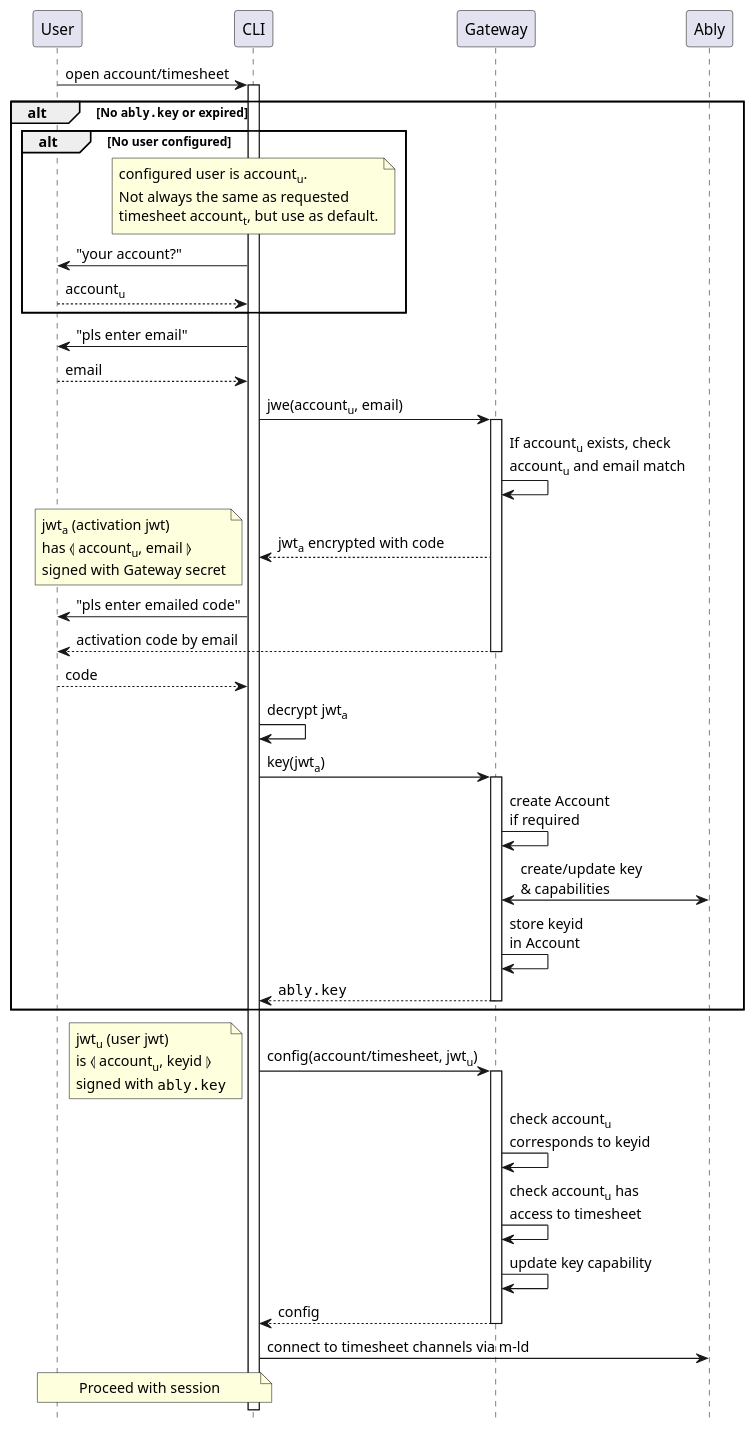
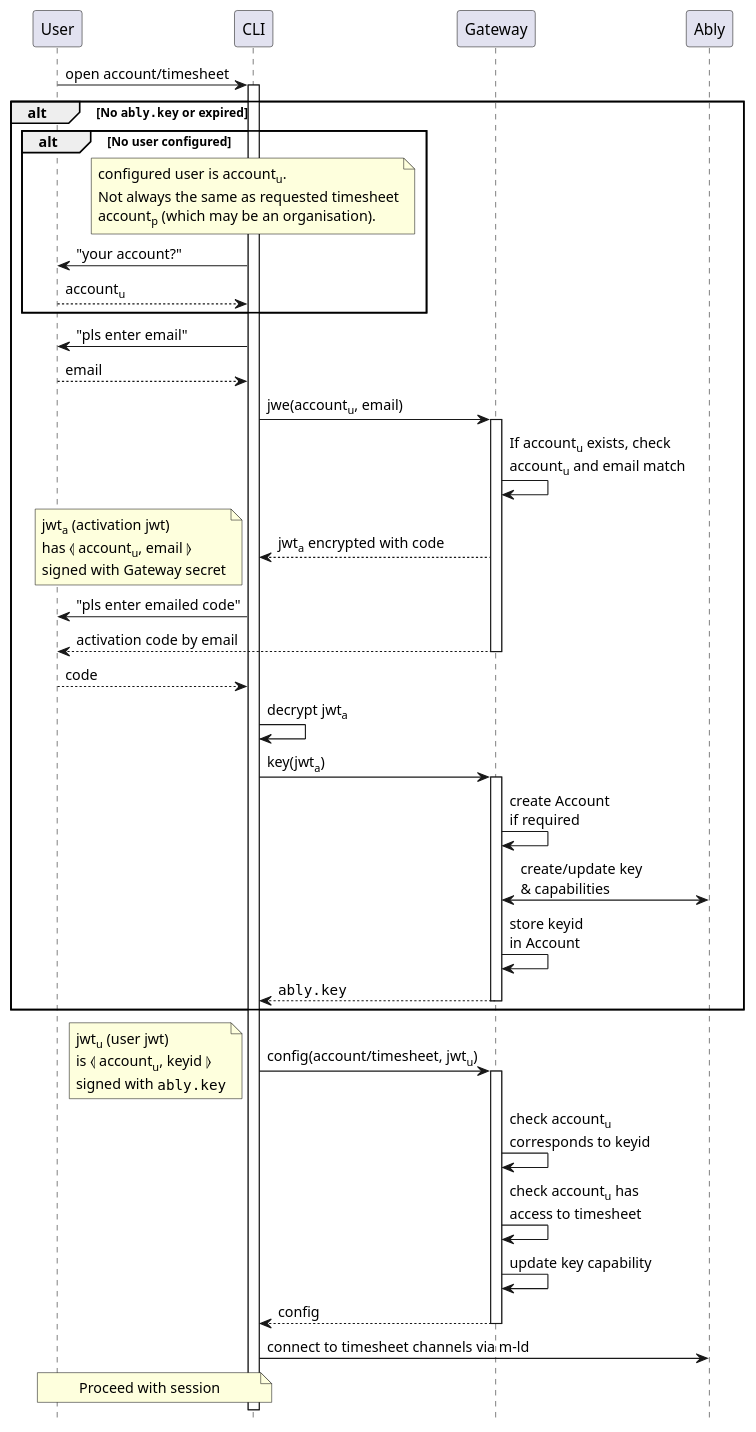
The diagram in architecture/security/register-cli.seq.puml (m-ld/timeld), drawn with PlantUML before and after one commit. The commit also changed 6 other files, not shown here.

Commit message:
#16: Security refinement: a timesheet can only be edited via its owning account; can additionally be read by a project client

```diff
--- a/architecture/security/register-cli.seq.puml
+++ b/architecture/security/register-cli.seq.puml
@@ -1,54 +1,54 @@
 @startuml
 'https://plantuml.com/sequence-diagram
 hide footbox
 
 User -> CLI ++: open account/timesheet
 alt No ""ably.key"" or expired
   alt No user configured
     note over CLI
       configured user is account<sub>u</sub>.
-      Not always the same as requested
-      timesheet account<sub>t</sub>, but use as default.
+      Not always the same as requested timesheet
+      account<sub>p</sub> (which may be an organisation).
     end note
     CLI -> User: "your account?"
     User --> CLI: account<sub>u</sub>
   end
   CLI -> User: "pls enter email"
   User --> CLI: email
   CLI -> Gateway ++: jwe(account<sub>u</sub>, email)
   Gateway -> Gateway: If account<sub>u</sub> exists, check\naccount<sub>u</sub> and email match
   Gateway --> CLI: jwt<sub>a</sub> encrypted with code
   note left
     jwt<sub>a</sub> (activation jwt)
     has ⦉ account<sub>u</sub>, email ⦊
     signed with Gateway secret
   end note
   CLI -> User: "pls enter emailed code"
   Gateway --> User --: activation code by email
 
   User --> CLI: code
   ' TODO: brute force attack (look for a parseable JWT)
   CLI -> CLI: decrypt jwt<sub>a</sub>
   ' TODO: replay attack within JWT validity period
   CLI -> Gateway ++: key(jwt<sub>a</sub>)
   Gateway -> Gateway: create Account\nif required
   Gateway <-> Ably: create/update key\n& capabilities
   Gateway -> Gateway: store keyid\nin Account
   return ""ably.key""
 end
 
 CLI -> Gateway ++: config(account/timesheet, jwt<sub>u</sub>)
 note left
   jwt<sub>u</sub> (user jwt)
   is ⦉ account<sub>u</sub>, keyid ⦊
   signed with ""ably.key""
 end note
 Gateway -> Gateway: check account<sub>u</sub>\ncorresponds to keyid
 Gateway -> Gateway: check account<sub>u</sub> has\naccess to timesheet
 Gateway -> Gateway: update key capability
 return config
 
 CLI -> Ably: connect to timesheet channels via m-ld
 note over User, CLI: Proceed with session
 
 @enduml
```
